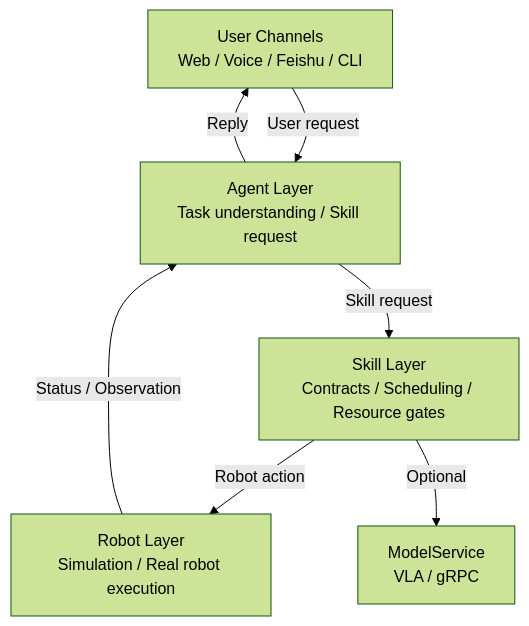
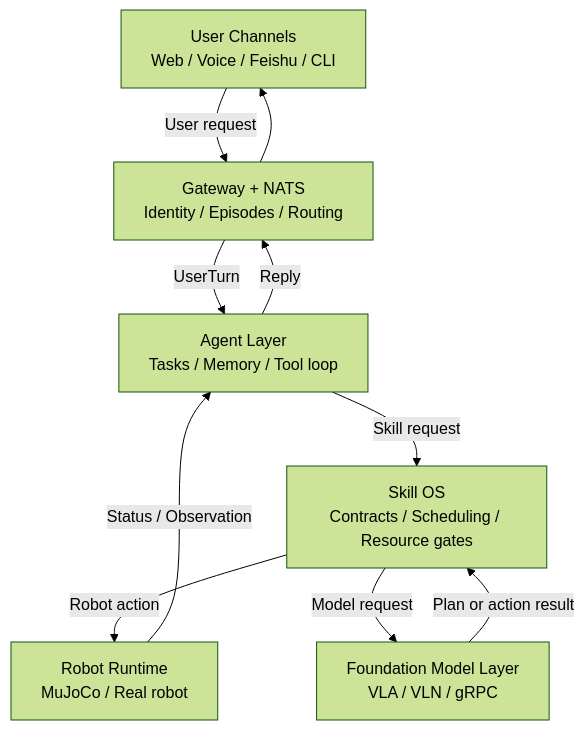
The diagram in docs/README_EN.md (Xbotics-Embodied-AI-club/Xbotics-Hey-Robot), drawn with Mermaid (forest theme) before and after one commit. The commit also changed other lines of this file and 12 other files, not shown here.

Commit message:
docs: clarify Hey Robot as an embodied agent harness

````diff
--- a/docs/README_EN.md
+++ b/docs/README_EN.md
@@ -23,15 +45,19 @@
 ```mermaid
 flowchart TD
     U[User Channels<br/>Web / Voice / Feishu / CLI]
-    A[Agent Layer<br/>Task understanding / Skill request]
-    S[Skill Layer<br/>Contracts / Scheduling / Resource gates]
-    R[Robot Layer<br/>Simulation / Real robot execution]
-    V[ModelService<br/>VLA / gRPC]
+    G[Gateway + NATS<br/>Identity / Episodes / Routing]
+    A[Agent Layer<br/>Tasks / Memory / Tool loop]
+    S[Skill OS<br/>Contracts / Scheduling / Resource gates]
+    F[Foundation Model Layer<br/>VLA / VLN / gRPC]
+    R[Robot Runtime<br/>MuJoCo / Real robot]
 
-    U -->|User request| A
+    U -->|User request| G
+    G -->|UserTurn| A
     A -->|Skill request| S
     S -->|Robot action| R
-    S -->|Optional| V
+    S -->|Model request| F
+    F -->|Plan or action result| S
     R -->|Status / Observation| A
-    A -->|Reply| U
+    A -->|Reply| G
+    G --> U
 ```
````
